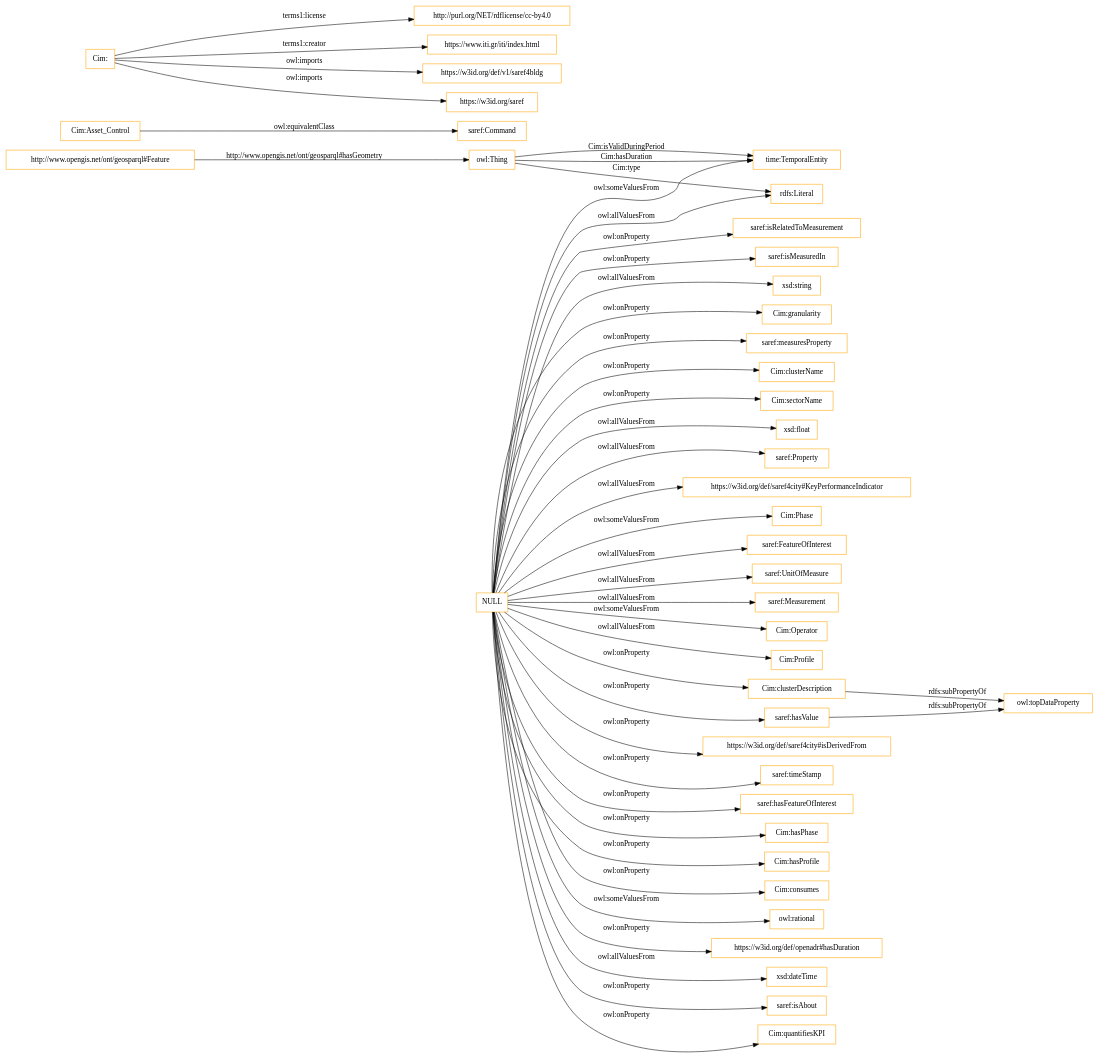
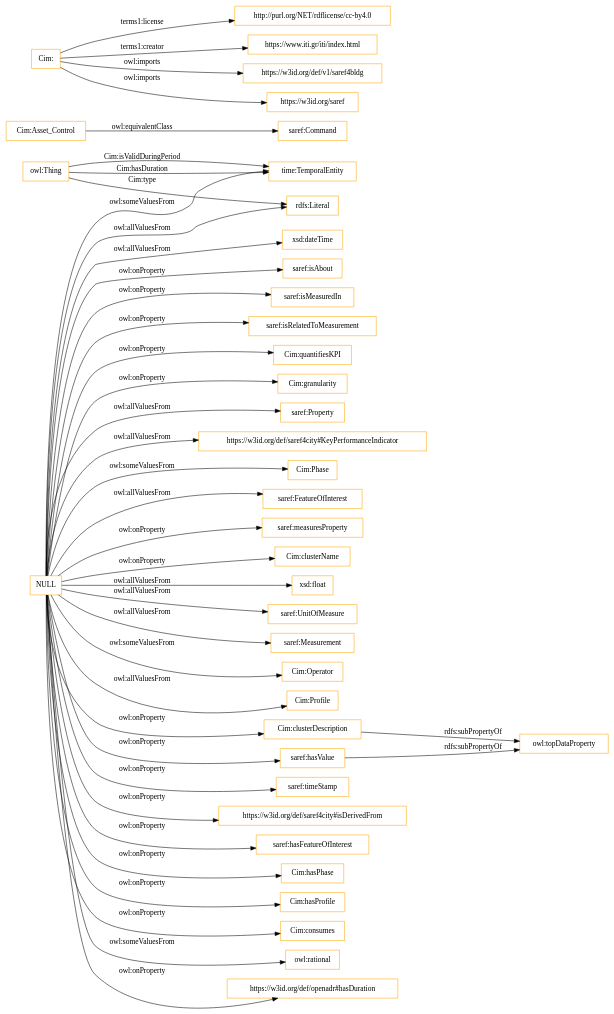
The diagram in OnToology/RE_Cognition.owl/diagrams/ar2dtool-class/RE_Cognition.owl.png.dot (sidirasg/re-cognition-1), drawn with Graphviz before and after one commit. The commit also changed 11 other files, not shown here.

```diff
--- a/OnToology/RE_Cognition.owl/diagrams/ar2dtool-class/RE_Cognition.owl.png.dot
+++ b/OnToology/RE_Cognition.owl/diagrams/ar2dtool-class/RE_Cognition.owl.png.dot
@@ -1,48 +1,45 @@
 digraph ar2dtool_diagram { 
 rankdir=LR;
 size="1501"
-node [shape = rectangle, color="orange"]; "http://www.opengis.net/ont/geosparql#Feature" "saref:Property" "https://w3id.org/def/saref4city#KeyPerformanceIndicator" "Cim:Phase" "saref:FeatureOfInterest" "time:TemporalEntity" "saref:UnitOfMeasure" "saref:Measurement" "Cim:Asset_Control" "Cim:Operator" "Cim:Profile" ; /*classes style*/
+node [shape = rectangle, color="orange"]; "saref:Property" "https://w3id.org/def/saref4city#KeyPerformanceIndicator" "Cim:Phase" "saref:FeatureOfInterest" "time:TemporalEntity" "saref:UnitOfMeasure" "saref:Measurement" "Cim:Asset_Control" "Cim:Operator" "Cim:Profile" ; /*classes style*/
 	"Cim:clusterDescription" -> "owl:topDataProperty" [ label = "rdfs:subPropertyOf" ];
 	"saref:hasValue" -> "owl:topDataProperty" [ label = "rdfs:subPropertyOf" ];
 	"Cim:" -> "http://purl.org/NET/rdflicense/cc-by4.0" [ label = "terms1:license" ];
 	"Cim:" -> "https://www.iti.gr/iti/index.html" [ label = "terms1:creator" ];
 	"Cim:" -> "https://w3id.org/def/v1/saref4bldg" [ label = "owl:imports" ];
 	"Cim:" -> "https://w3id.org/saref" [ label = "owl:imports" ];
 	"Cim:Asset_Control" -> "saref:Command" [ label = "owl:equivalentClass" ];
+	"NULL" -> "saref:timeStamp" [ label = "owl:onProperty" ];
 	"NULL" -> "https://w3id.org/def/saref4city#isDerivedFrom" [ label = "owl:onProperty" ];
-	"NULL" -> "saref:timeStamp" [ label = "owl:onProperty" ];
 	"NULL" -> "saref:hasFeatureOfInterest" [ label = "owl:onProperty" ];
 	"NULL" -> "Cim:hasPhase" [ label = "owl:onProperty" ];
 	"NULL" -> "Cim:hasProfile" [ label = "owl:onProperty" ];
 	"NULL" -> "Cim:consumes" [ label = "owl:onProperty" ];
 	"NULL" -> "owl:rational" [ label = "owl:someValuesFrom" ];
 	"NULL" -> "https://w3id.org/def/openadr#hasDuration" [ label = "owl:onProperty" ];
 	"NULL" -> "saref:Measurement" [ label = "owl:allValuesFrom" ];
 	"NULL" -> "Cim:Profile" [ label = "owl:allValuesFrom" ];
 	"NULL" -> "saref:FeatureOfInterest" [ label = "owl:allValuesFrom" ];
+	"NULL" -> "xsd:dateTime" [ label = "owl:allValuesFrom" ];
 	"NULL" -> "https://w3id.org/def/saref4city#KeyPerformanceIndicator" [ label = "owl:allValuesFrom" ];
-	"NULL" -> "xsd:dateTime" [ label = "owl:allValuesFrom" ];
 	"NULL" -> "Cim:clusterDescription" [ label = "owl:onProperty" ];
 	"NULL" -> "Cim:Phase" [ label = "owl:someValuesFrom" ];
 	"NULL" -> "saref:isAbout" [ label = "owl:onProperty" ];
 	"NULL" -> "saref:hasValue" [ label = "owl:onProperty" ];
 	"NULL" -> "saref:UnitOfMeasure" [ label = "owl:allValuesFrom" ];
+	"NULL" -> "saref:isMeasuredIn" [ label = "owl:onProperty" ];
+	"NULL" -> "saref:isRelatedToMeasurement" [ label = "owl:onProperty" ];
 	"NULL" -> "Cim:quantifiesKPI" [ label = "owl:onProperty" ];
-	"NULL" -> "saref:isRelatedToMeasurement" [ label = "owl:onProperty" ];
-	"NULL" -> "saref:isMeasuredIn" [ label = "owl:onProperty" ];
+	"NULL" -> "Cim:granularity" [ label = "owl:onProperty" ];
 	"NULL" -> "rdfs:Literal" [ label = "owl:allValuesFrom" ];
-	"NULL" -> "Cim:granularity" [ label = "owl:onProperty" ];
 	"NULL" -> "saref:measuresProperty" [ label = "owl:onProperty" ];
 	"NULL" -> "Cim:clusterName" [ label = "owl:onProperty" ];
 	"NULL" -> "time:TemporalEntity" [ label = "owl:someValuesFrom" ];
-	"NULL" -> "Cim:sectorName" [ label = "owl:onProperty" ];
 	"NULL" -> "xsd:float" [ label = "owl:allValuesFrom" ];
 	"NULL" -> "Cim:Operator" [ label = "owl:someValuesFrom" ];
 	"NULL" -> "saref:Property" [ label = "owl:allValuesFrom" ];
-	"NULL" -> "xsd:string" [ label = "owl:allValuesFrom" ];
 	"owl:Thing" -> "rdfs:Literal" [ label = "Cim:type" ];
-	"http://www.opengis.net/ont/geosparql#Feature" -> "owl:Thing" [ label = "http://www.opengis.net/ont/geosparql#hasGeometry" ];
 	"owl:Thing" -> "time:TemporalEntity" [ label = "Cim:isValidDuringPeriod" ];
 	"owl:Thing" -> "time:TemporalEntity" [ label = "Cim:hasDuration" ];
 
 }
```
